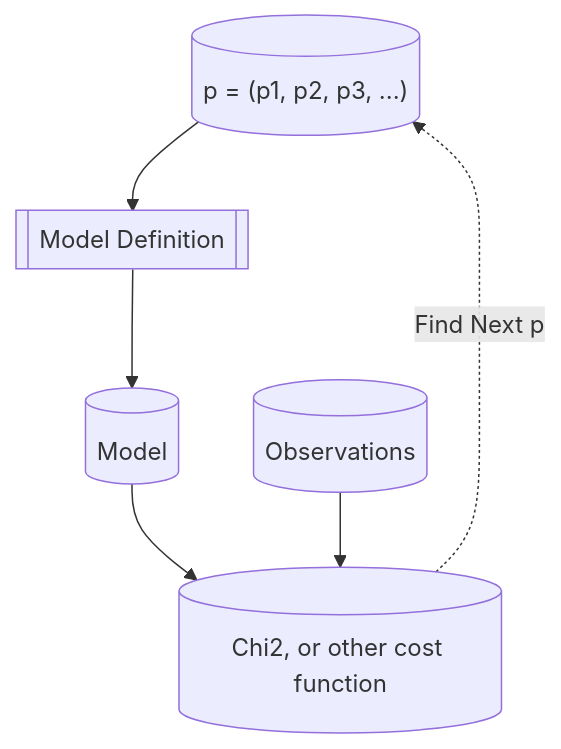
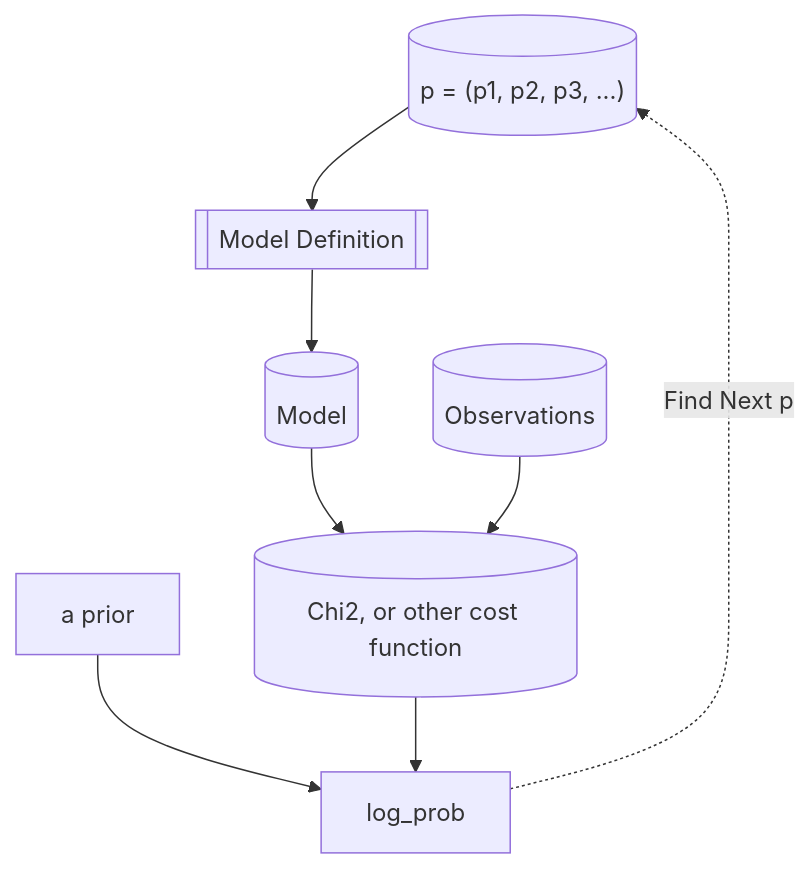
One commit to LinusChen/MCMC-engine changed the diagram in README.md. Above: the diagram before and after it, drawn with Mermaid.

````diff
--- a/README.md
+++ b/README.md
@@ -4,13 +4,16 @@
 ```mermaid
 flowchart TD
 ParameterSet[("p = (p1, p2, p3, ...)")]
 ModelDef[[Model Definition]]
 Model[(Model)]
 Obs[(Observations)]
 Cost[(Chi2, or other cost function)]
+probability[log_prob]
+aprior[a prior]
 
 ParameterSet --> ModelDef --> Model
 
 Model & Obs--> Cost
-Cost -.Find Next p.-> ParameterSet
+aprior & Cost --> probability
+probability -.Find Next p.-> ParameterSet
 ```
````
